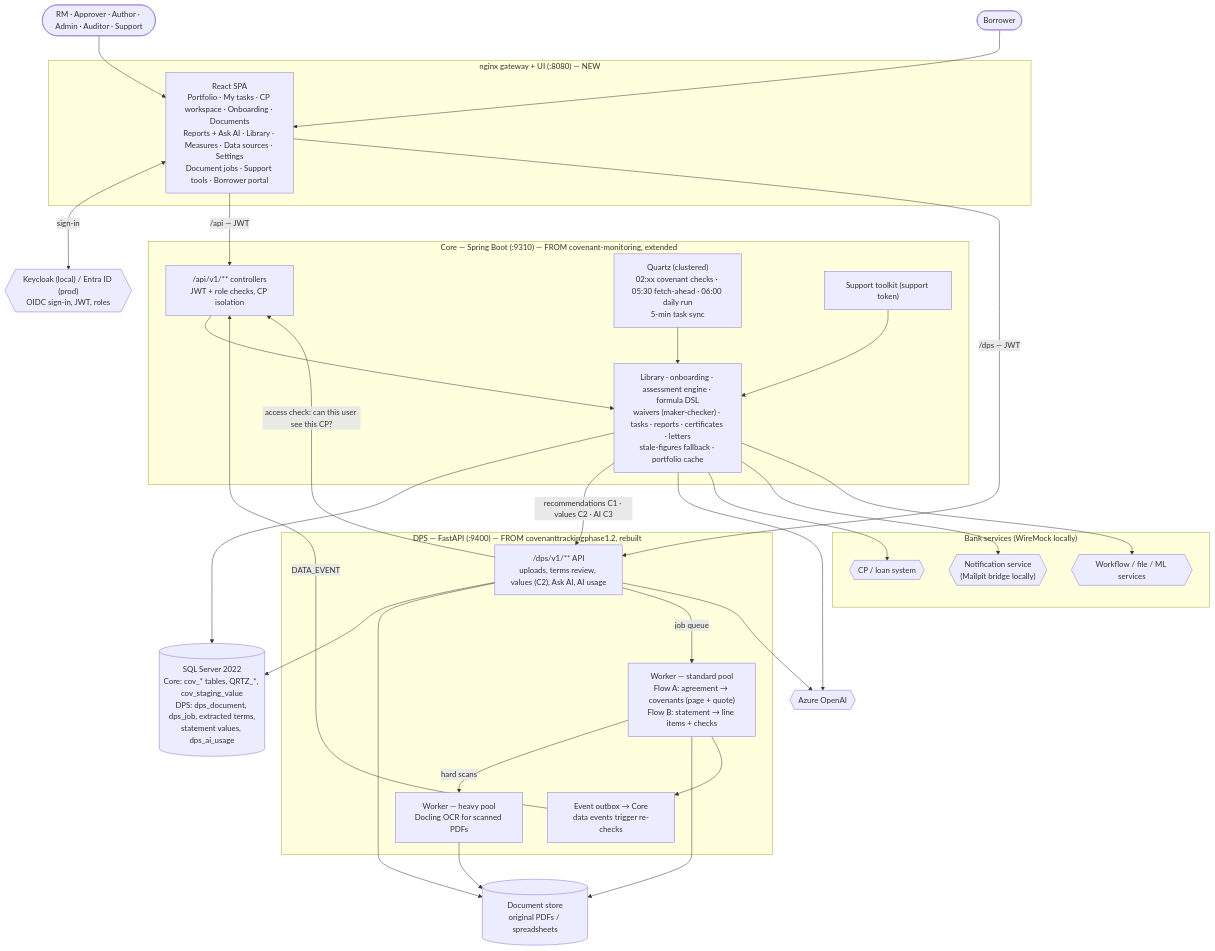
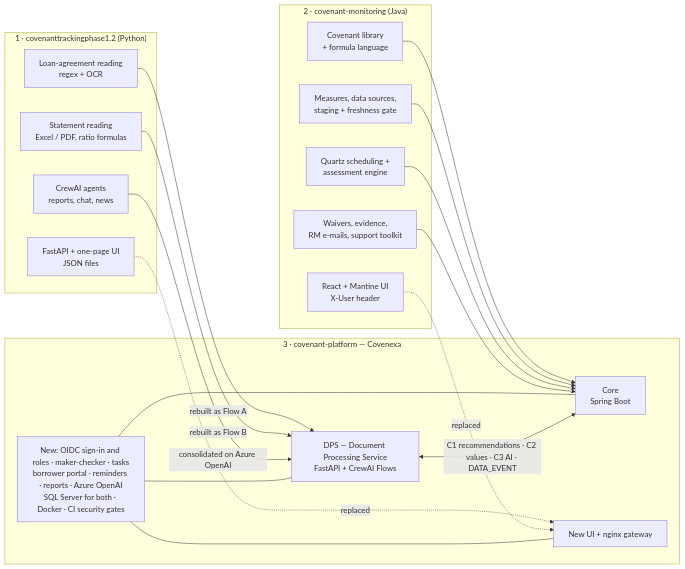
The diagram in docs/architecture/README.md (Vishwas2311/loan-covenant-platform), drawn with Mermaid before and after one commit. The commit also changed other lines of this file and 3 other files, not shown here.

First line of the commit message:
Architecture pages for all three systems, one Markdown file each

````diff
--- a/docs/architecture/README.md
+++ b/docs/architecture/README.md
@@ -205,54 +14,36 @@
 ```mermaid
-flowchart TB
-    users(["RM · Approver · Author · Admin · Auditor · Support"])
-    borrower(["Borrower"])
-
-    idp{{"Keycloak (local) / Entra ID (prod)<br/>OIDC sign-in, JWT, roles"}}
-
-    subgraph gw["nginx gateway + UI (:8080) — NEW"]
-        spa["React SPA<br/>Portfolio · My tasks · CP workspace · Onboarding · Documents<br/>Reports + Ask AI · Library · Measures · Data sources · Settings<br/>Document jobs · Support tools · Borrower portal"]
+flowchart LR
+    subgraph ours["1 · covenanttrackingphase1.2 (Python)"]
+        o1["Loan-agreement reading<br/>regex + OCR"]
+        o2["Statement reading<br/>Excel / PDF, ratio formulas"]
+        o3["CrewAI agents<br/>reports, chat, news"]
+        o4["FastAPI + one-page UI<br/>JSON files"]
     end
 
-    subgraph core["Core — Spring Boot (:9310) — FROM covenant-monitoring, extended"]
-        capi["/api/v1/** controllers<br/>JWT + role checks, CP isolation"]
-        cbiz["Library · onboarding · assessment engine · formula DSL<br/>waivers (maker-checker) · tasks · reports · certificates · letters<br/>stale-figures fallback · portfolio cache"]
-        cjobs["Quartz (clustered)<br/>02:xx covenant checks · 05:30 fetch-ahead · 06:00 daily run<br/>5-min task sync"]
-        ops["Support toolkit (support token)"]
+    subgraph theirs["2 · covenant-monitoring (Java)"]
+        t1["Covenant library<br/>+ formula language"]
+        t2["Measures, data sources,<br/>staging + freshness gate"]
+        t3["Quartz scheduling +<br/>assessment engine"]
+        t4["Waivers, evidence,<br/>RM e-mails, support toolkit"]
+        t5["React + Mantine UI<br/>X-User header"]
     end
 
-    subgraph dps["DPS — FastAPI (:9400) — FROM covenanttrackingphase1.2, rebuilt"]
-        dapi["/dps/v1/** API<br/>uploads, terms review, values (C2), Ask AI, AI usage"]
-        wstd["Worker — standard pool<br/>Flow A: agreement → covenants (page + quote)<br/>Flow B: statement → line items + checks"]
-        wheavy["Worker — heavy pool<br/>Docling OCR for scanned PDFs"]
-        outbox["Event outbox → Core<br/>data events trigger re-checks"]
+    subgraph platform["3 · covenant-platform — Covenexa"]
+        core["Core<br/>Spring Boot"]
+        dps["DPS — Document Processing Service<br/>FastAPI + CrewAI Flows"]
+        ui["New UI + nginx gateway"]
+        new["New: OIDC sign-in and roles · maker-checker · tasks<br/>borrower portal · reminders · reports · Azure OpenAI<br/>SQL Server for both · Docker · CI security gates"]
     end
 
-    sql[("SQL Server 2022<br/>Core: cov_* tables, QRTZ_*, cov_staging_value<br/>DPS: dps_document, dps_job, extracted terms,<br/>statement values, dps_ai_usage")]
-    files[("Document store<br/>original PDFs / spreadsheets")]
-    aoai{{"Azure OpenAI"}}
-
-    subgraph bank["Bank services (WireMock locally)"]
-        cpsvc{{"CP / loan system"}}
-        mailsvc{{"Notification service<br/>(Mailpit bridge locally)"}}
-        wfsvc{{"Workflow / file / ML services"}}
-    end
-
-    users --> spa
-    borrower --> spa
-    spa <-->|sign-in| idp
-    spa -->|/api — JWT| capi
-    spa -->|/dps — JWT| dapi
-    capi --> cbiz --> sql
-    cjobs --> cbiz
-    ops --> cbiz
-    dapi --> sql
-    dapi --> files
-    dapi -->|job queue| wstd
-    wstd -->|hard scans| wheavy
-    wstd & wheavy --> files
-    wstd --> outbox -->|DATA_EVENT| capi
-    cbiz -->|recommendations C1 · values C2 · AI C3| dapi
-    dapi -->|access check: can this user see this CP?| capi
-    dapi & cbiz --> aoai
-    cbiz --> cpsvc & mailsvc & wfsvc
+    o1 -->|rebuilt as Flow A| dps
+    o2 -->|rebuilt as Flow B| dps
+    o3 -->|consolidated on Azure OpenAI| dps
+    o4 -. replaced .-> ui
+    t1 --> core
+    t2 --> core
+    t3 --> core
+    t4 --> core
+    t5 -. replaced .-> ui
+    new --- core & dps & ui
+    dps <-->|C1 recommendations · C2 values · C3 AI · DATA_EVENT| core
 ```
````
